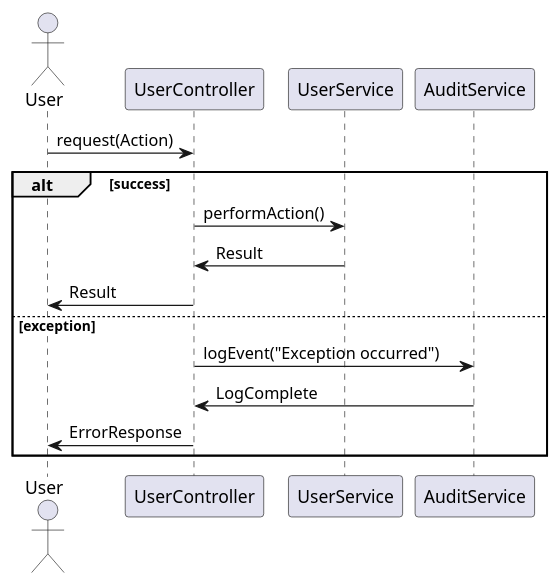
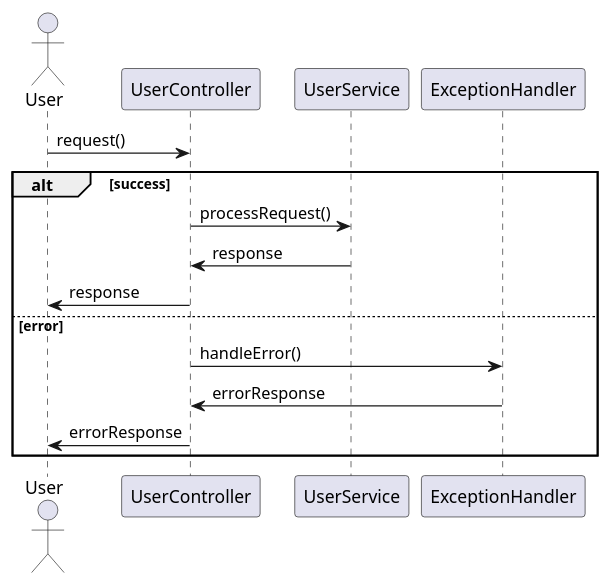
The fifth of 6 diagrams in identityprovider/documentation/detaileddesign.adoc (Dinesh-s95/AutoDoc.ai), drawn with PlantUML before and after one commit. The commit also changed other lines of this file and 4 other files, not shown here.

````diff
--- a/identityprovider/documentation/detaileddesign.adoc
+++ b/identityprovider/documentation/detaileddesign.adoc
@@ -353,19 +333,20 @@
-```plantuml
+[plantuml, exception-handling-flow, png]
+----
 @startuml
 actor User
 participant UserController
 participant UserService
-participant AuditService
+participant ExceptionHandler
 
-User -> UserController : request(Action)
+User -> UserController : request()
 alt success
-    UserController -> UserService : performAction()
-    UserService -> UserController : Result
-    UserController -> User : Result
-else exception
-    UserController -> AuditService : logEvent("Exception occurred")
-    AuditService -> UserController : LogComplete
-    UserController -> User : ErrorResponse
+  UserController -> UserService : processRequest()
+  UserService -> UserController : response
+  UserController -> User : response
+else error
+  UserController -> ExceptionHandler : handleError()
+  ExceptionHandler -> UserController : errorResponse
+  UserController -> User : errorResponse
 end
 @enduml
-```
+----
````
